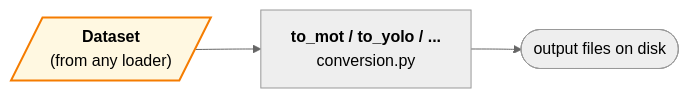
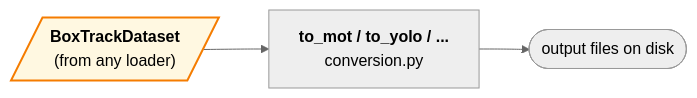
One commit to openteams-ai/datamaite changed the eighth of 8 diagrams in docs/architecture.md. Above: the diagram before and after it, drawn with Mermaid (neutral theme). The commit also changed other lines of this file and 24 other files, not shown here.

````diff
--- a/docs/architecture.md
+++ b/docs/architecture.md
@@ -508,11 +610,11 @@
 ```mermaid
 flowchart LR
-    HUB[/"<b>Dataset</b><br/>(from any loader)"/]
+    HUB[/"<b>BoxTrackDataset</b><br/>(from any loader)"/]
     CONV["<b>to_mot / to_yolo / ...</b><br/>conversion.py"]
     OUT([output files on disk])
 
     HUB --> CONV --> OUT
 
     classDef hub fill:#fff8e1,stroke:#f57c00,stroke-width:2px;
     class HUB hub;
 ```
````
